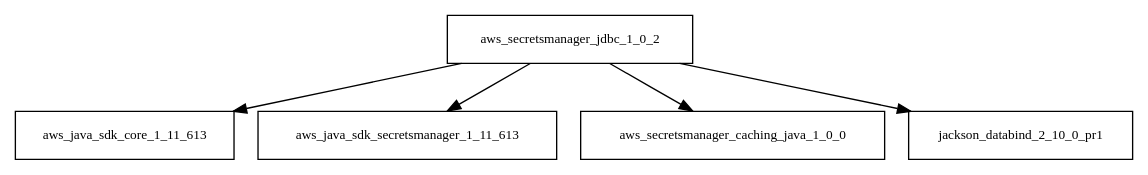
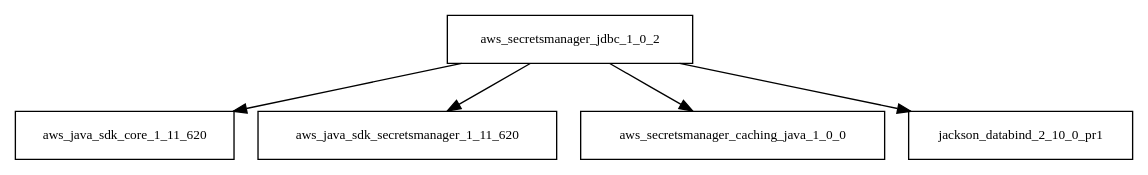
Before and after one commit to Hack23/cia: the diagram in tattleTaleReport/graphviz/aws-secretsmanager-jdbc-1.0.2.jar/aws-secretsmanager-jdbc-1.0.2.jar.dot, drawn with Graphviz. The commit also changed 2280 other files, not shown here.

```diff
--- a/tattleTaleReport/graphviz/aws-secretsmanager-jdbc-1.0.2.jar/aws-secretsmanager-jdbc-1.0.2.jar.dot
+++ b/tattleTaleReport/graphviz/aws-secretsmanager-jdbc-1.0.2.jar/aws-secretsmanager-jdbc-1.0.2.jar.dot
@@ -1,7 +1,7 @@
 digraph aws_secretsmanager_jdbc_1_0_2_dependencies {
   node [shape = box, fontsize=10.0];
-  aws_secretsmanager_jdbc_1_0_2 -> aws_java_sdk_core_1_11_613;
-  aws_secretsmanager_jdbc_1_0_2 -> aws_java_sdk_secretsmanager_1_11_613;
+  aws_secretsmanager_jdbc_1_0_2 -> aws_java_sdk_core_1_11_620;
+  aws_secretsmanager_jdbc_1_0_2 -> aws_java_sdk_secretsmanager_1_11_620;
   aws_secretsmanager_jdbc_1_0_2 -> aws_secretsmanager_caching_java_1_0_0;
   aws_secretsmanager_jdbc_1_0_2 -> jackson_databind_2_10_0_pr1;
 }
```
